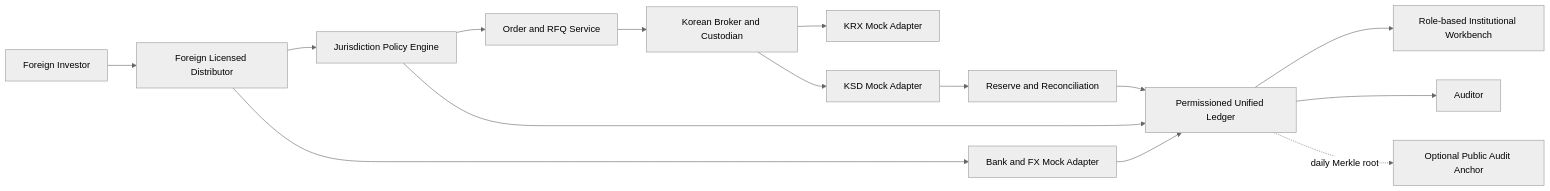
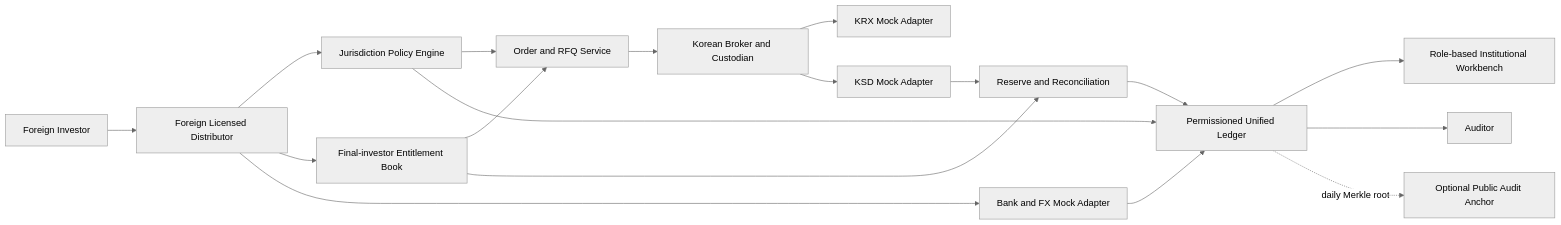
One commit to orakle-kaist/rwa-8th changed the diagram in design/00_master_proposal.md. Above: the diagram before and after it, drawn with Mermaid (neutral theme). The commit also changed other lines of this file and 39 other files, not shown here.

````diff
--- a/design/00_master_proposal.md
+++ b/design/00_master_proposal.md
@@ -48,17 +54,20 @@
 ```mermaid
 flowchart LR
     I[Foreign Investor] --> FD[Foreign Licensed Distributor]
     FD --> PE[Jurisdiction Policy Engine]
     PE --> OS[Order and RFQ Service]
+    FD --> EB[Final-investor Entitlement Book]
+    EB --> OS
     OS --> KB[Korean Broker and Custodian]
     KB --> KRX[KRX Mock Adapter]
     KB --> KSD[KSD Mock Adapter]
     FD --> BF[Bank and FX Mock Adapter]
     KSD --> RR[Reserve and Reconciliation]
+    EB --> RR
     BF --> UL[Permissioned Unified Ledger]
     RR --> UL
     PE --> UL
     UL --> AW[Role-based Institutional Workbench]
     UL --> AU[Auditor]
     UL -. daily Merkle root .-> PA[Optional Public Audit Anchor]
 ```
````
